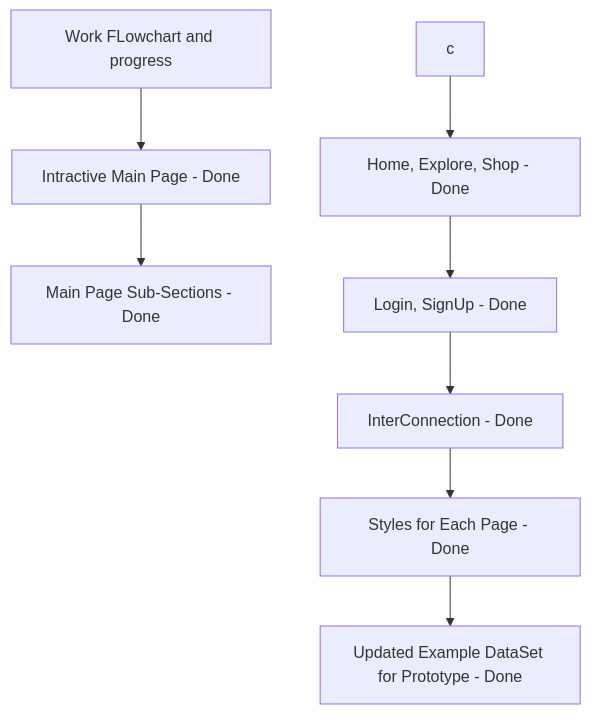
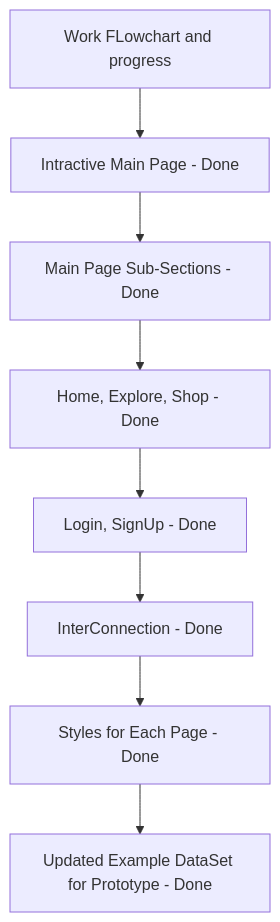
The second of 2 diagrams in README.md (igmansvi/CN182---Hactivate), drawn with Mermaid before and after one commit. The commit also changed other lines of this file, not shown here.

Commit message:
Update README.md
added link and fixed graph error

````diff
--- a/README.md
+++ b/README.md
@@ -44,10 +44,10 @@
 ```mermaid
 graph TD
     A[Work FLowchart and progress] --> B[Intractive Main Page - Done]
     B --> C[Main Page Sub-Sections - Done]
-    c --> D[Home, Explore, Shop - Done]
+    C --> D[Home, Explore, Shop - Done]
     D --> E[Login, SignUp - Done]
     E --> F[InterConnection - Done]
     F --> G[Styles for Each Page - Done]
     G --> H[Updated Example DataSet for Prototype - Done]
 ```
````
